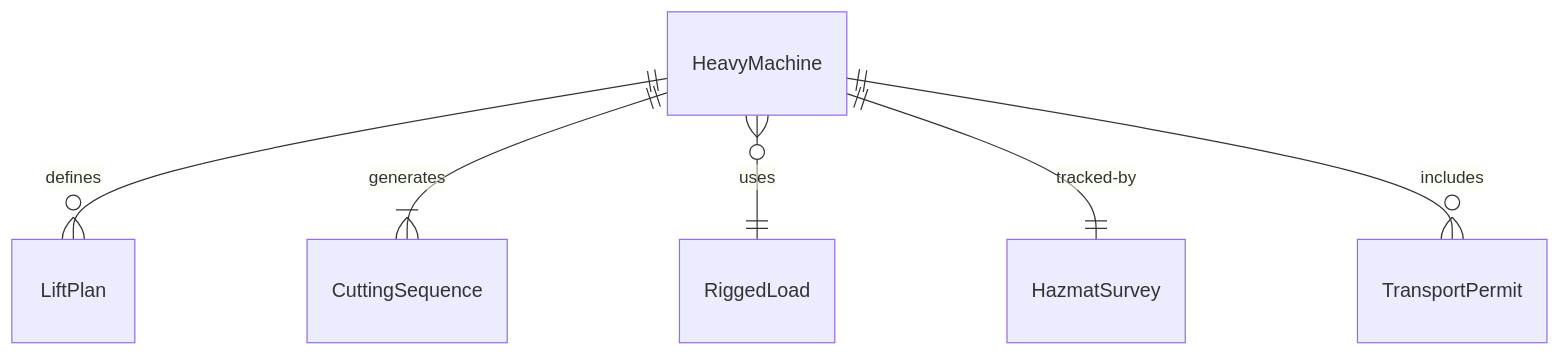
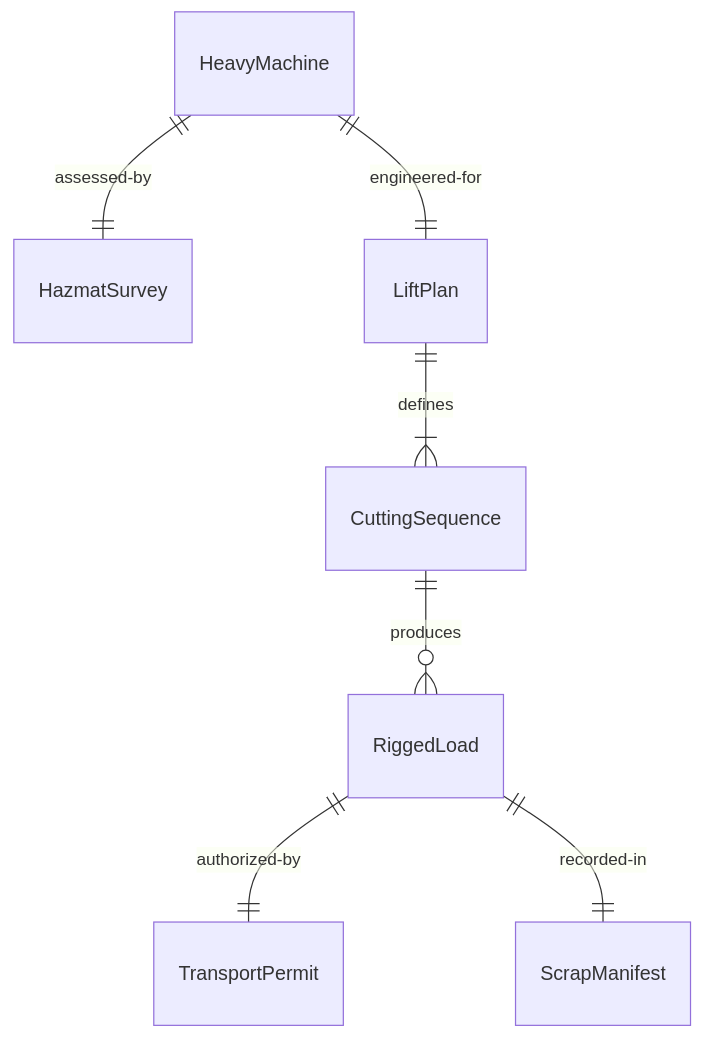
Before and after one commit to dot-org-ai/tasks.org.ai: the first of 4 diagrams in HandlingAndMovingObjects/DisassembleEquipment/DismantleHeavyEquipmentMachinery.mdx, drawn with Mermaid. The commit also changed other lines of this file and 515 other files, not shown here.

````diff
--- a/HandlingAndMovingObjects/DisassembleEquipment/DismantleHeavyEquipmentMachinery.mdx
+++ b/HandlingAndMovingObjects/DisassembleEquipment/DismantleHeavyEquipmentMachinery.mdx
@@ -90,8 +90,9 @@
 ```mermaid
 erDiagram
-    HeavyMachine ||--o{ LiftPlan : "defines"
-    HeavyMachine ||--|{ CuttingSequence : "generates"
-    HeavyMachine }o--|| RiggedLoad : "uses"
-    HeavyMachine ||--|| HazmatSurvey : "tracked-by"
-    HeavyMachine ||--o{ TransportPermit : "includes"
+    HeavyMachine ||--|| HazmatSurvey : "assessed-by"
+    HeavyMachine ||--|| LiftPlan : "engineered-for"
+    LiftPlan ||--|{ CuttingSequence : "defines"
+    CuttingSequence ||--o{ RiggedLoad : "produces"
+    RiggedLoad ||--|| TransportPermit : "authorized-by"
+    RiggedLoad ||--|| ScrapManifest : "recorded-in"
 ```
````
